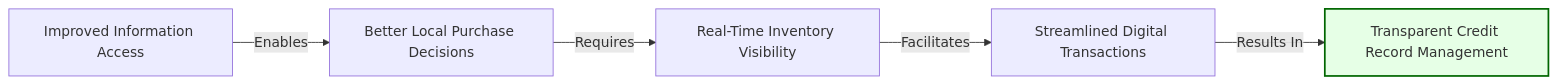
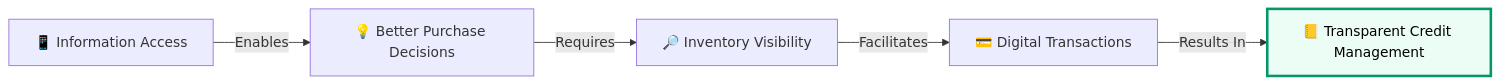
Before and after one commit to hmpmanish/jaymani-krishi-sewa: the fifth of 5 diagrams in Jaymani_Krishi_Sewa_Proposal_Report.md, drawn with Mermaid. The commit also changed other lines of this file, not shown here.

````diff
--- a/Jaymani_Krishi_Sewa_Proposal_Report.md
+++ b/Jaymani_Krishi_Sewa_Proposal_Report.md
@@ -568,9 +289,9 @@
 ```mermaid
 graph LR
-    A[Improved Information Access] -->|Enables| B[Better Local Purchase Decisions]
-    B -->|Requires| C[Real-Time Inventory Visibility]
-    C -->|Facilitates| D[Streamlined Digital Transactions]
-    D -->|Results In| E[Transparent Credit Record Management]
+    A[📱 Information Access] -->|Enables| B[💡 Better Purchase Decisions]
+    B -->|Requires| C[🔎 Inventory Visibility]
+    C -->|Facilitates| D[💳 Digital Transactions]
+    D -->|Results In| E[📒 Transparent Credit Management]
     
-    style E fill:#e6ffe6,stroke:#006600,stroke-width:2px
+    style E fill:#ecfdf5,stroke:#059669,stroke-width:3px,color:black
 ```
````
